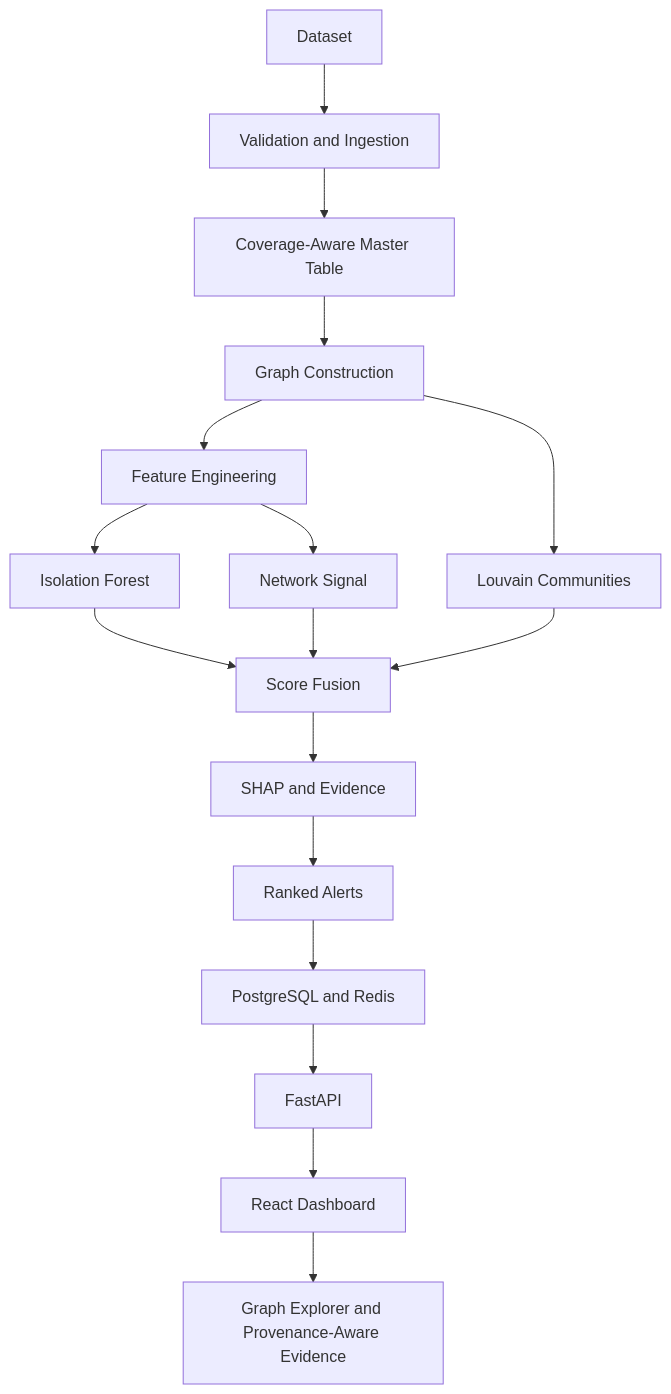
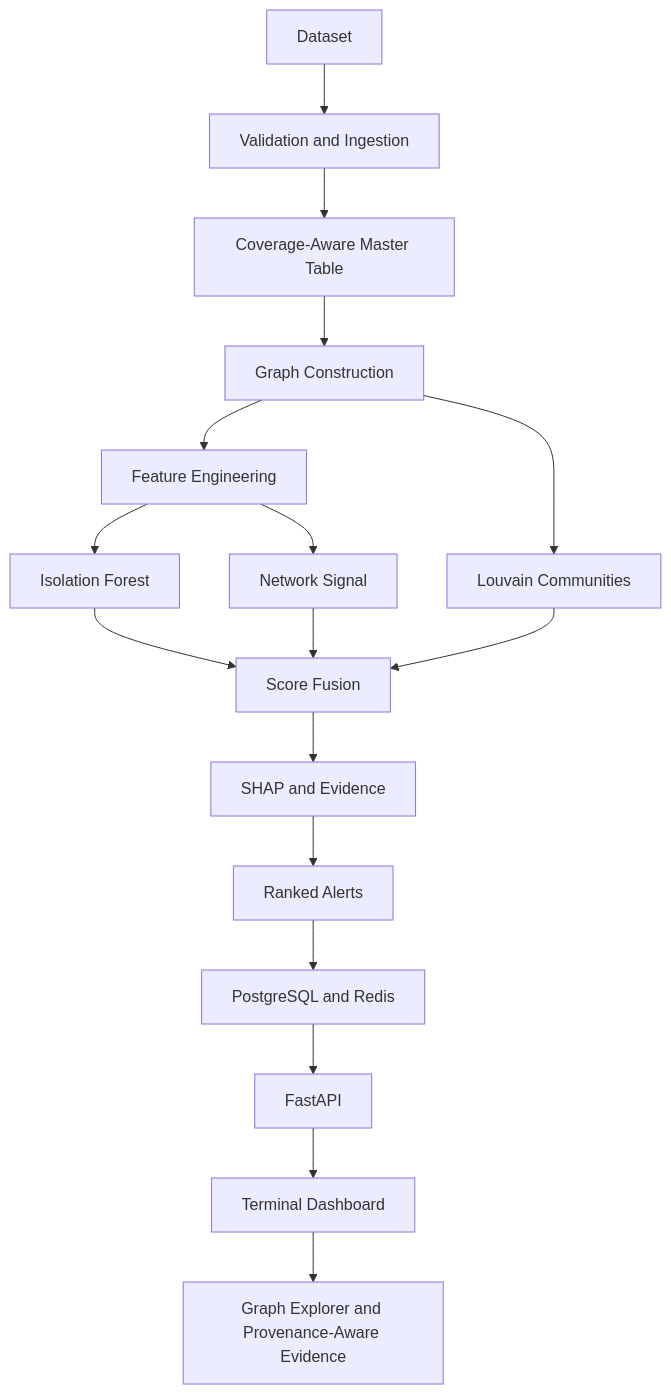
The diagram in plans/plan.md (RohanOnKeys/bitcraft), drawn with Mermaid before and after one commit. The commit also changed other lines of this file and 3 other files, not shown here.

First line of the commit message:
docs: replace React/Vite frontend plan with terminal interface (TUI)

````diff
--- a/plans/plan.md
+++ b/plans/plan.md
@@ -777,22 +768,22 @@
 ```mermaid
 flowchart TD
     A[Dataset] --> B[Validation and Ingestion]
     B --> C[Coverage-Aware Master Table]
     C --> D[Graph Construction]
     D --> E[Feature Engineering]
 
     E --> F[Isolation Forest]
     D --> G[Louvain Communities]
     E --> H[Network Signal]
 
     F --> I[Score Fusion]
     G --> I
     H --> I
 
     I --> J[SHAP and Evidence]
     J --> K[Ranked Alerts]
     K --> L[PostgreSQL and Redis]
     L --> M[FastAPI]
-    M --> N[React Dashboard]
+    M --> N[Terminal Dashboard]
     N --> O[Graph Explorer and Provenance-Aware Evidence]
 ```
````
